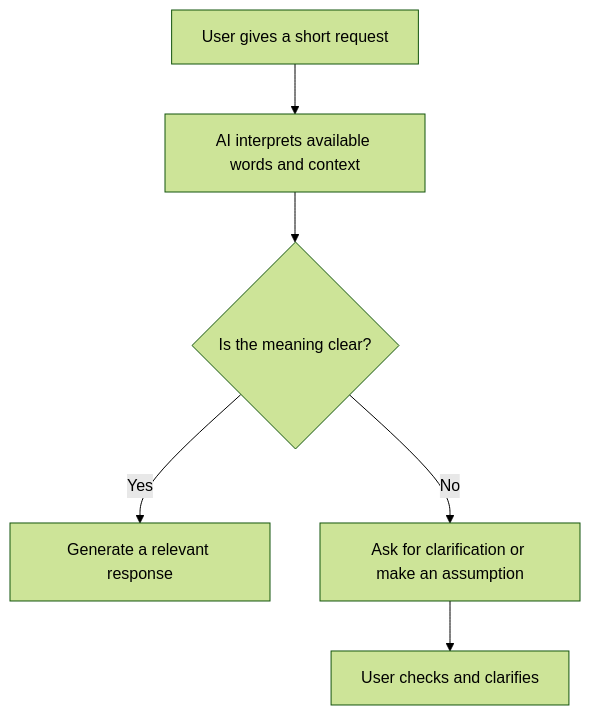
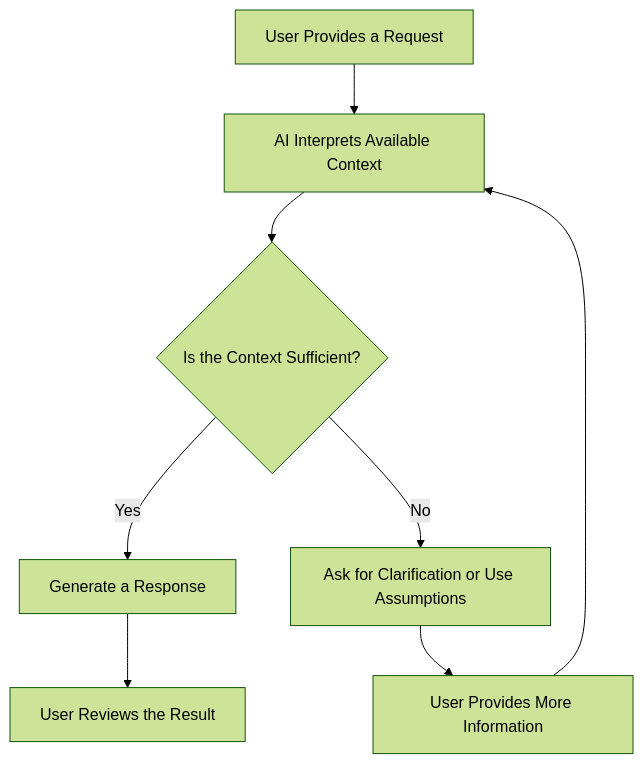
The second of 5 diagrams in content/04_benefits-limitations-challenges.md (NicolausLionel/SLN), drawn with Mermaid (forest theme) before and after one commit. The commit also changed other lines of this file, not shown here.

````diff
--- a/content/04_benefits-limitations-challenges.md
+++ b/content/04_benefits-limitations-challenges.md
@@ -82,8 +419,10 @@
 ```mermaid
 flowchart TD
- A[User gives a short request] --> B[AI interprets available words and context]
- B --> C{Is the meaning clear?}
- C -->|Yes| D[Generate a relevant response]
- C -->|No| E[Ask for clarification or make an assumption]
- E --> F[User checks and clarifies]
+    A["User Provides a Request"] --> B["AI Interprets Available Context"]
+    B --> C{"Is the Context Sufficient?"}
+    C -->|Yes| D["Generate a Response"]
+    C -->|No| E["Ask for Clarification or Use Assumptions"]
+    E --> F["User Provides More Information"]
+    F --> B
+    D --> G["User Reviews the Result"]
 ```
````
